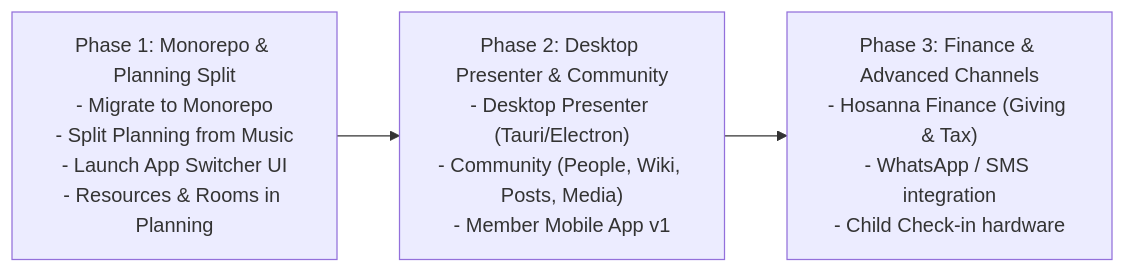
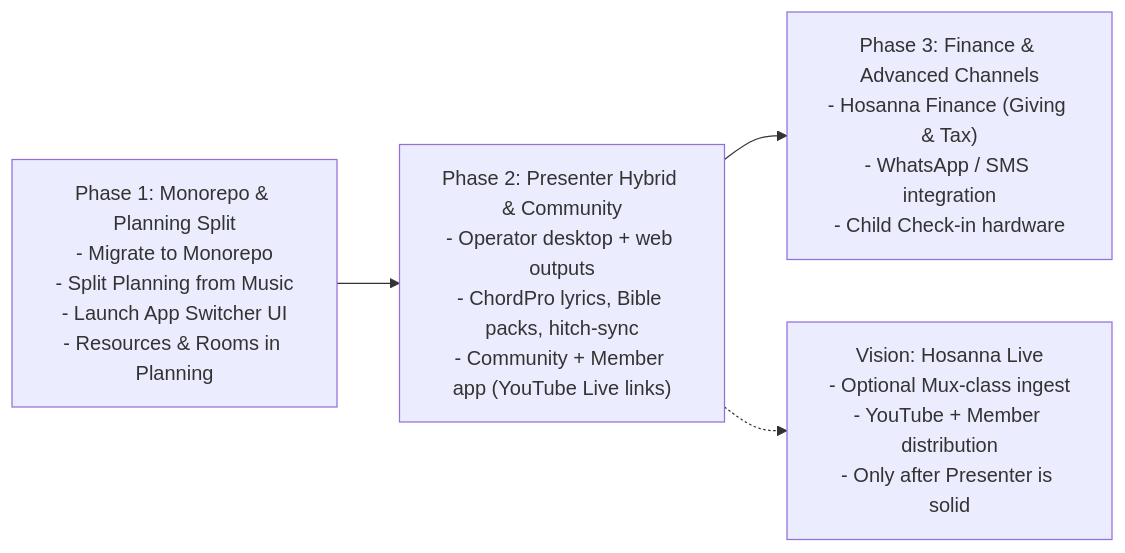
Before and after one commit to Apoll011/hosanna-suite: the sixth of 6 diagrams in docs/FUTURE_DIRECTION.md, drawn with Mermaid. The commit also changed other lines of this file, not shown here.

Commit message:
feat: update Hosanna Presenter description to reflect hybrid architecture and capabilities

````diff
--- a/docs/FUTURE_DIRECTION.md
+++ b/docs/FUTURE_DIRECTION.md
@@ -282,8 +353,10 @@
 ```mermaid
 flowchart LR
     Phase1["Phase 1: Monorepo & Planning Split\n- Migrate to Monorepo\n- Split Planning from Music\n- Launch App Switcher UI\n- Resources & Rooms in Planning"]
-    Phase2["Phase 2: Desktop Presenter & Community\n- Desktop Presenter (Tauri/Electron)\n- Community (People, Wiki, Posts, Media)\n- Member Mobile App v1"]
+    Phase2["Phase 2: Presenter Hybrid & Community\n- Operator desktop + web outputs\n- ChordPro lyrics, Bible packs, hitch-sync\n- Community + Member app (YouTube Live links)"]
     Phase3["Phase 3: Finance & Advanced Channels\n- Hosanna Finance (Giving & Tax)\n- WhatsApp / SMS integration\n- Child Check-in hardware"]
+    PhaseX["Vision: Hosanna Live\n- Optional Mux-class ingest\n- YouTube + Member distribution\n- Only after Presenter is solid"]
 
     Phase1 --> Phase2 --> Phase3
+    Phase2 -.-> PhaseX
 ```
````
